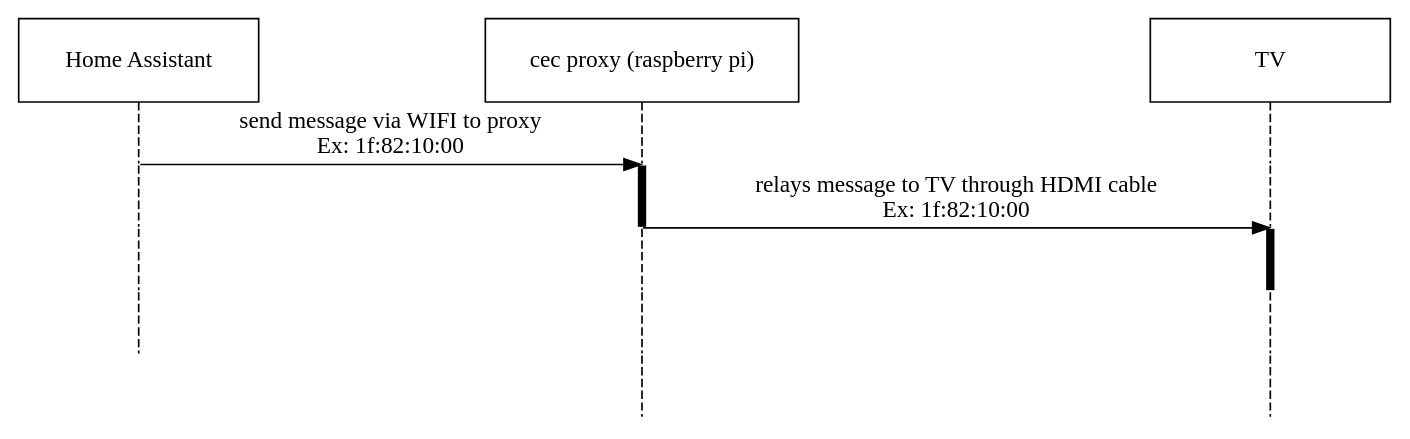
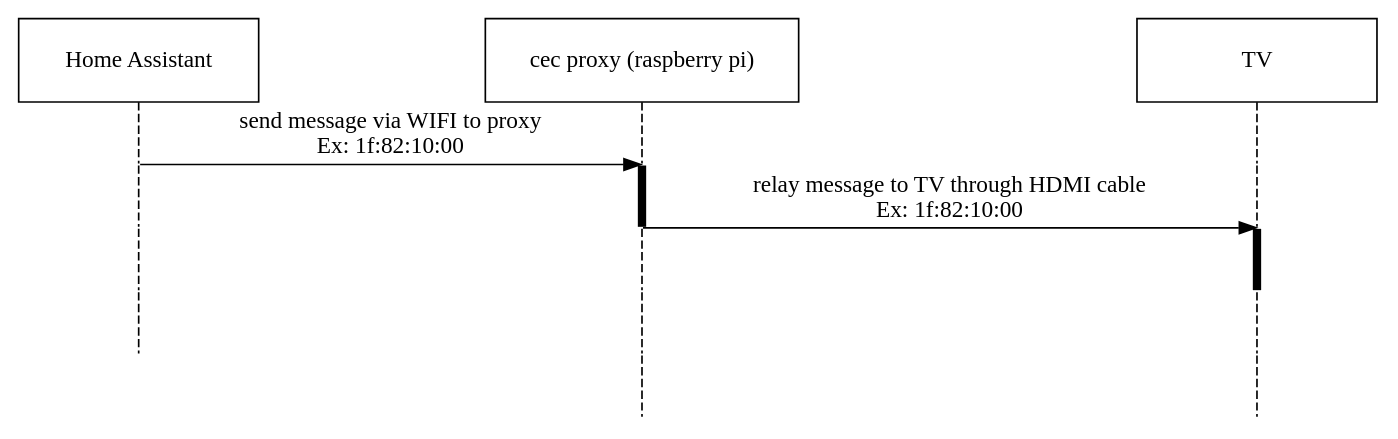
Before and after one commit to jrobichaud/retrogaming: the diagram in src/graphs/cec_sequence.dot, drawn with Graphviz. The commit also changed 3 other files, not shown here.

```diff
--- a/src/graphs/cec_sequence.dot
+++ b/src/graphs/cec_sequence.dot
@@ -1,35 +1,35 @@
 // https://stackoverflow.com/a/59363959/2115513
 digraph SEQ_DIAGRAM {
     graph [overlap = true, splines = line, nodesep = 1.0, ordering = out];
     edge [arrowhead = none];
     node [shape = none, width = 0, height = 0, label = ""];
 
     {
         rank = same;
         node [shape = rectangle, height = 0.7, width = 2];
         homeassistant [label = "Home Assistant"];
         cec [label = "cec proxy (raspberry pi)"];
         tv [label = "TV"];
     }
     // Draw vertical lines
     {
         edge [style = dashed, weight = 6];
         homeassistant -> a1 -> a2 -> a3;
         a3 -> a5;
     }
     {
         edge [style = dashed, weight = 6];
         cec -> b1
         b1 -> b2 [penwidth = 5, style = solid];
         b2 -> b3 -> b4 -> b5;
     }
     {
         edge [style = dashed, weight = 6];
         tv -> c1;
         c1 -> c2;
         c2 -> c3 [penwidth = 5, style = solid];
         c3 -> c4 -> c5;
     }
     { rank = same; a1 -> b1 [label = "send message via WIFI to proxy\nEx: 1f:82:10:00", arrowhead = normal]; }
-    { rank = same; b2 -> c2 [label ="relays message to TV through HDMI cable\nEx: 1f:82:10:00", arrowhead = normal]; }
+    { rank = same; b2 -> c2 [label ="relay message to TV through HDMI cable\nEx: 1f:82:10:00", arrowhead = normal]; }
 }
```
